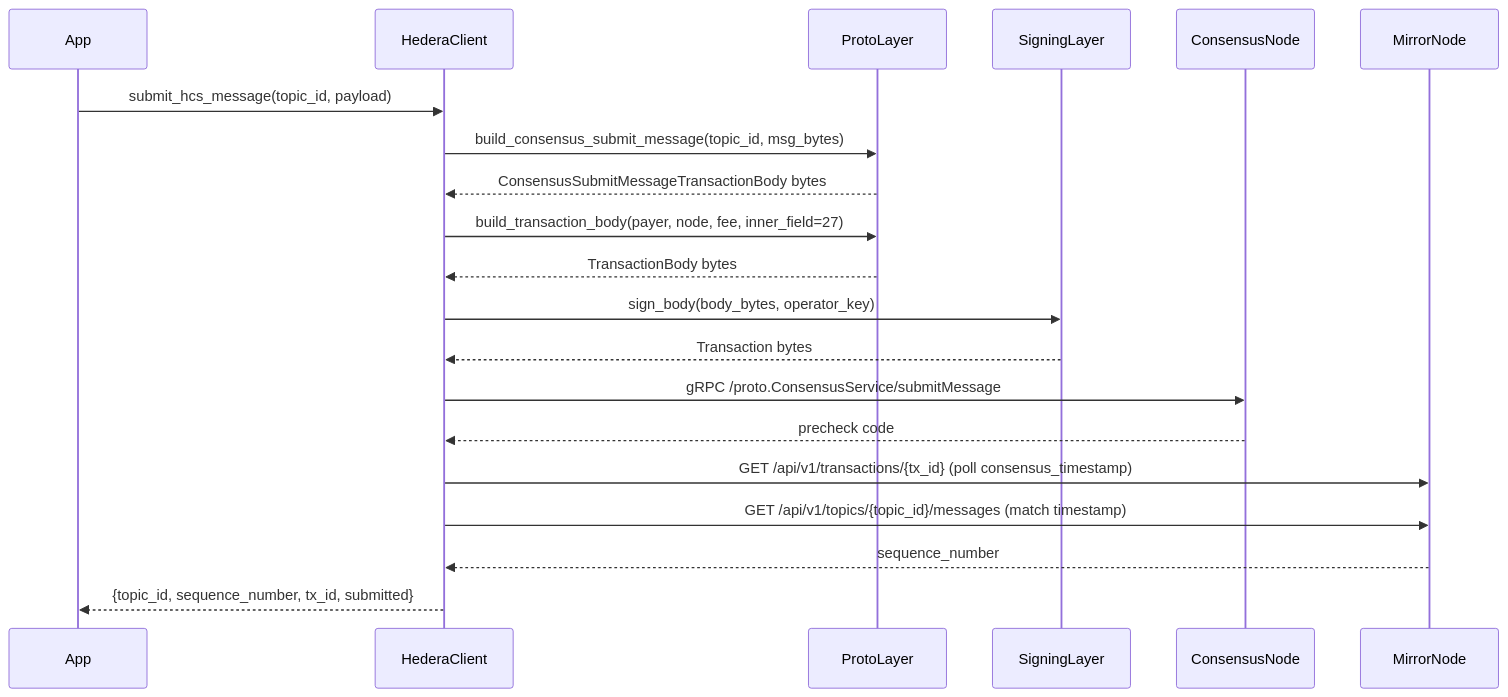
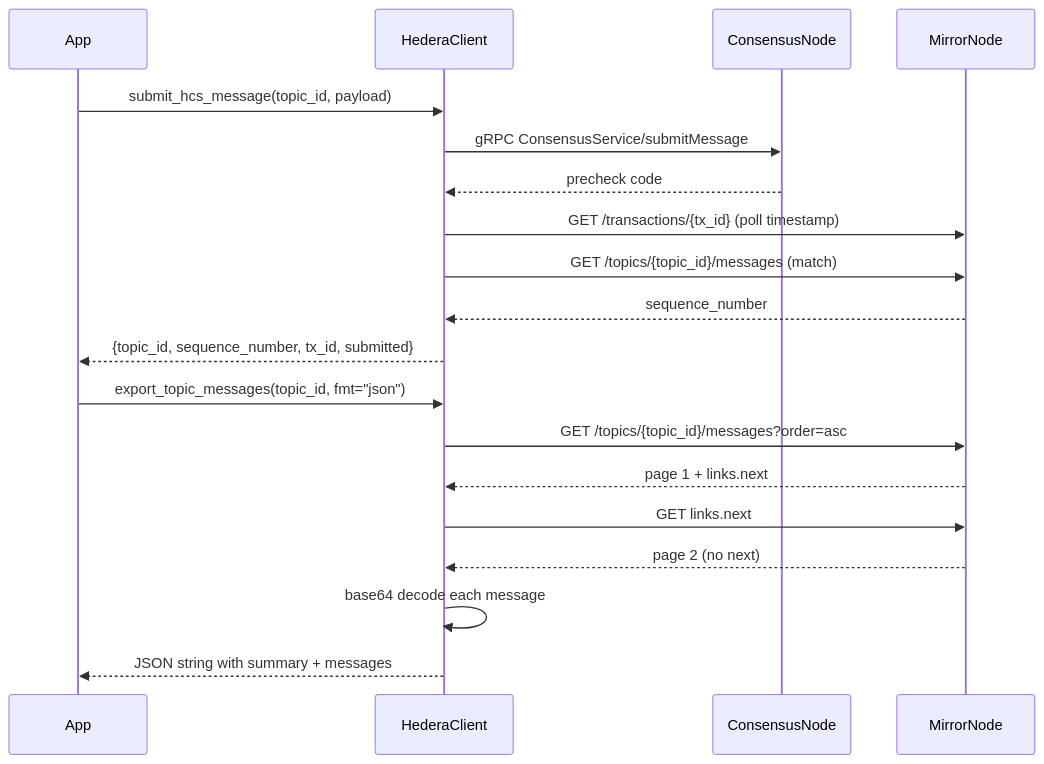
Before and after one commit to De-real-iManuel/hedera-py-lite: the fourth of 4 diagrams in README.md, drawn with Mermaid. The commit also changed other lines of this file and 9 other files, not shown here.

````diff
--- a/README.md
+++ b/README.md
@@ -121,23 +287,23 @@
 ```mermaid
 sequenceDiagram
     participant App
     participant HederaClient
-    participant ProtoLayer
-    participant SigningLayer
     participant ConsensusNode
     participant MirrorNode
 
     App->>HederaClient: submit_hcs_message(topic_id, payload)
-    HederaClient->>ProtoLayer: build_consensus_submit_message(topic_id, msg_bytes)
-    ProtoLayer-->>HederaClient: ConsensusSubmitMessageTransactionBody bytes
-    HederaClient->>ProtoLayer: build_transaction_body(payer, node, fee, inner_field=27)
-    ProtoLayer-->>HederaClient: TransactionBody bytes
-    HederaClient->>SigningLayer: sign_body(body_bytes, operator_key)
-    SigningLayer-->>HederaClient: Transaction bytes
-    HederaClient->>ConsensusNode: gRPC /proto.ConsensusService/submitMessage
+    HederaClient->>ConsensusNode: gRPC ConsensusService/submitMessage
     ConsensusNode-->>HederaClient: precheck code
-    HederaClient->>MirrorNode: GET /api/v1/transactions/{tx_id} (poll consensus_timestamp)
-    HederaClient->>MirrorNode: GET /api/v1/topics/{topic_id}/messages (match timestamp)
+    HederaClient->>MirrorNode: GET /transactions/{tx_id} (poll timestamp)
+    HederaClient->>MirrorNode: GET /topics/{topic_id}/messages (match)
     MirrorNode-->>HederaClient: sequence_number
     HederaClient-->>App: {topic_id, sequence_number, tx_id, submitted}
+
+    App->>HederaClient: export_topic_messages(topic_id, fmt="json")
+    HederaClient->>MirrorNode: GET /topics/{topic_id}/messages?order=asc
+    MirrorNode-->>HederaClient: page 1 + links.next
+    HederaClient->>MirrorNode: GET links.next
+    MirrorNode-->>HederaClient: page 2 (no next)
+    HederaClient->>HederaClient: base64 decode each message
+    HederaClient-->>App: JSON string with summary + messages
 ```
````
